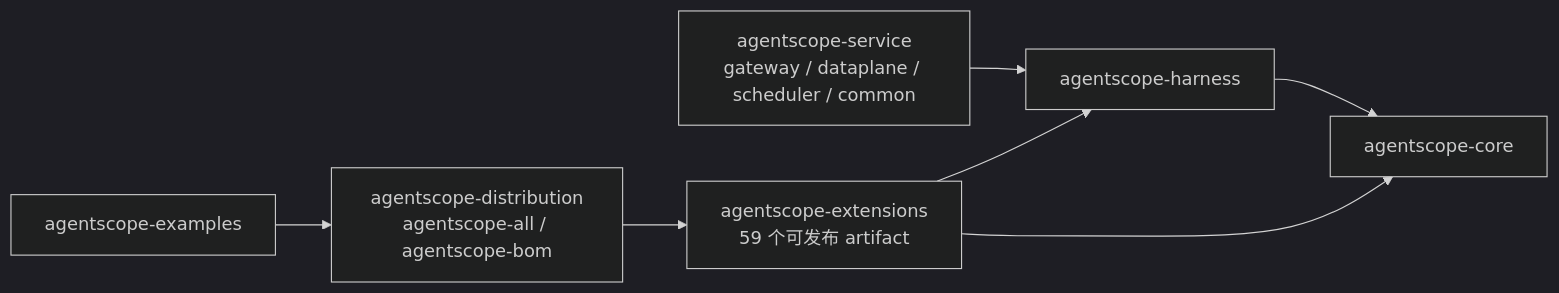
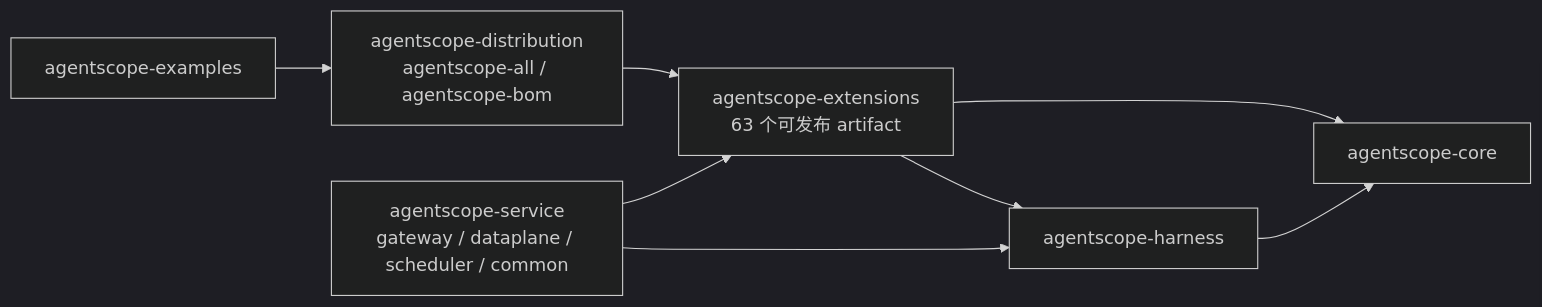
Before and after one commit to liulangjietou/AgentScope-source-analysis: the first of 2 diagrams in 01-模块全景与依赖拓扑.md, drawn with Mermaid (dark theme). The commit also changed other lines of this file, not shown here.

````diff
--- a/01-模块全景与依赖拓扑.md
+++ b/01-模块全景与依赖拓扑.md
@@ -22,9 +22,10 @@
 ```mermaid
 flowchart LR
     EX["agentscope-examples"] --> DIST["agentscope-distribution<br/>agentscope-all / agentscope-bom"]
     SVC["agentscope-service<br/>gateway / dataplane / scheduler / common"] --> HARNESS
-    DIST --> EXTS["agentscope-extensions<br/>59 个可发布 artifact"]
+    SVC --> EXTS
+    DIST --> EXTS["agentscope-extensions<br/>63 个可发布 artifact"]
     EXTS --> HARNESS["agentscope-harness"]
     EXTS --> CORE["agentscope-core"]
     HARNESS --> CORE
 ```
````
